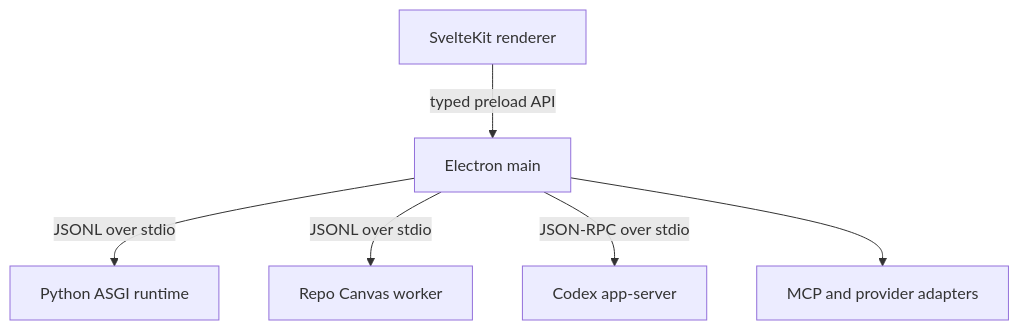
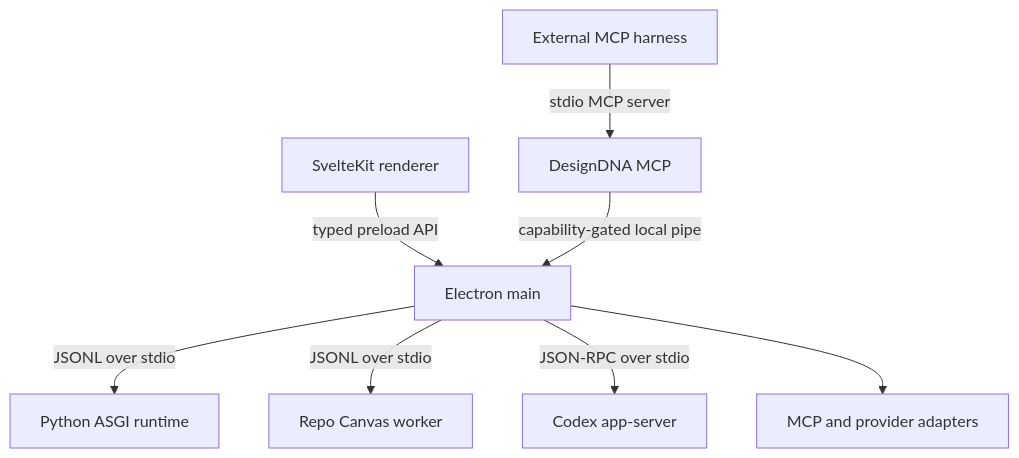
One commit to MaxBaranov1993/designdna changed the diagram in docs/architecture/desktop-runtime.md. Above: the diagram before and after it, drawn with Mermaid. The commit also changed other lines of this file and 176 other files, not shown here.

````diff
--- a/docs/architecture/desktop-runtime.md
+++ b/docs/architecture/desktop-runtime.md
@@ -7,8 +7,10 @@
 ```mermaid
 flowchart TD
   R["SvelteKit renderer"] -->|"typed preload API"| E["Electron main"]
   E -->|"JSONL over stdio"| P["Python ASGI runtime"]
   E -->|"JSONL over stdio"| C["Repo Canvas worker"]
   E -->|"JSON-RPC over stdio"| O["Codex app-server"]
   E --> M["MCP and provider adapters"]
+  H["External MCP harness"] -->|"stdio MCP server"| S["DesignDNA MCP"]
+  S -->|"capability-gated local pipe"| E
 ```
````
